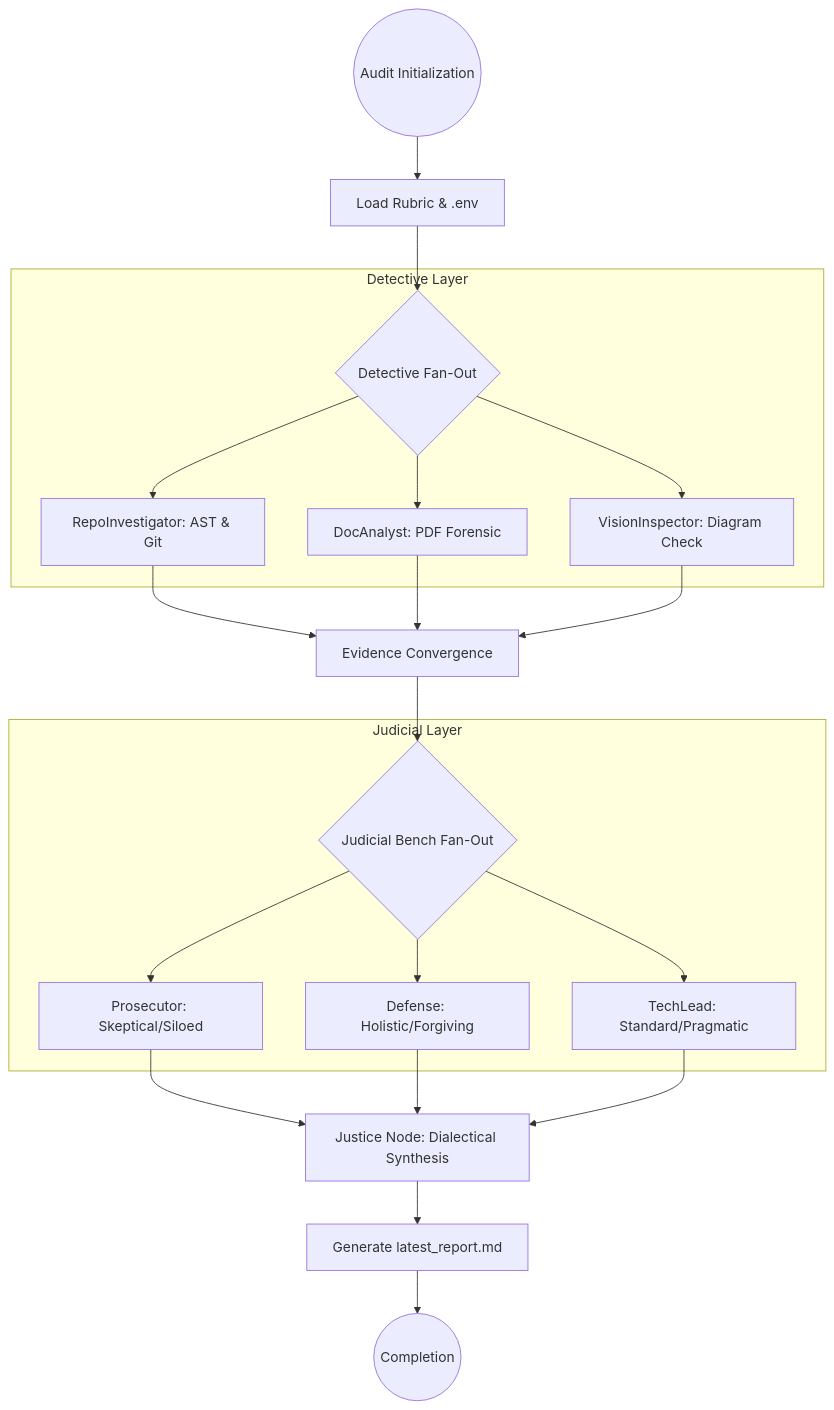
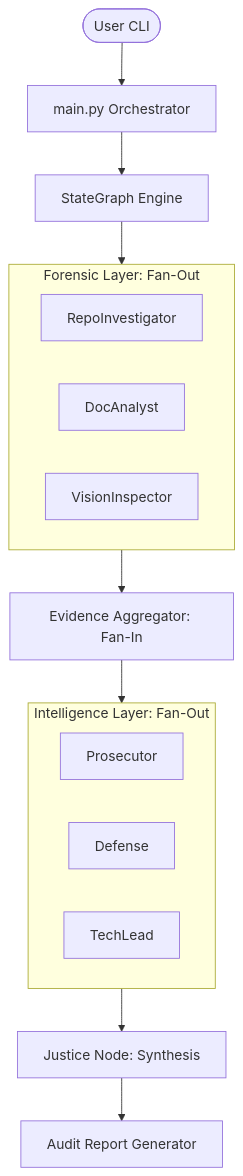
One commit to Deregit2025/langgraph-agent-auditor changed the first of 5 diagrams in report/AUDIT_SUBMISSION_REPORT.md. Above: the diagram before and after it, drawn with Mermaid. The commit also changed other lines of this file and 1 other file, not shown here.

Commit message:
docs: include Report in pdf format for others to access

````diff
--- a/report/AUDIT_SUBMISSION_REPORT.md
+++ b/report/AUDIT_SUBMISSION_REPORT.md
@@ -84,30 +157,24 @@
 ```mermaid
 graph TD
-    Start((Audit Initialization)) --> Config[Load Rubric & .env]
-    Config --> Detectives{Detective Fan-Out}
+    User([User CLI]) --> Main[main.py Orchestrator]
+    Main --> Graph[StateGraph Engine]
     
-    subgraph Evidence_Gathering[Detective Layer]
-        Detectives --> Repo[RepoInvestigator: AST & Git]
-        Detectives --> Doc[DocAnalyst: PDF Forensic]
-        Detectives --> Vision[VisionInspector: Diagram Check]
+    subgraph Detectives[Forensic Layer: Fan-Out]
+        Repo[RepoInvestigator]
+        Doc[DocAnalyst]
+        Vision[VisionInspector]
     end
     
-    Repo --> FanIn[Evidence Convergence]
-    Doc --> FanIn
-    Vision --> FanIn
+    Graph --> Detectives
+    Detectives --> Agg[Evidence Aggregator: Fan-In]
     
-    FanIn --> Judges{Judicial Bench Fan-Out}
-    
-    subgraph Intelligence_Layer[Judicial Layer]
-        Judges --> Proc[Prosecutor: Skeptical/Siloed]
-        Judges --> Def[Defense: Holistic/Forgiving]
-        Judges --> Tech[TechLead: Standard/Pragmatic]
+    subgraph Judges[Intelligence Layer: Fan-Out]
+        Proc[Prosecutor]
+        Def[Defense]
+        TL[TechLead]
     end
     
-    Proc --> Synthesis[Justice Node: Dialectical Synthesis]
-    Def --> Synthesis
-    Tech --> Synthesis
-    
-    Synthesis --> Report[Generate latest_report.md]
-    Report --> End((Completion))
+    Agg --> Judges
+    Judges --> Synthesis[Justice Node: Synthesis]
+    Synthesis --> Report[Audit Report Generator]
 ```
````
